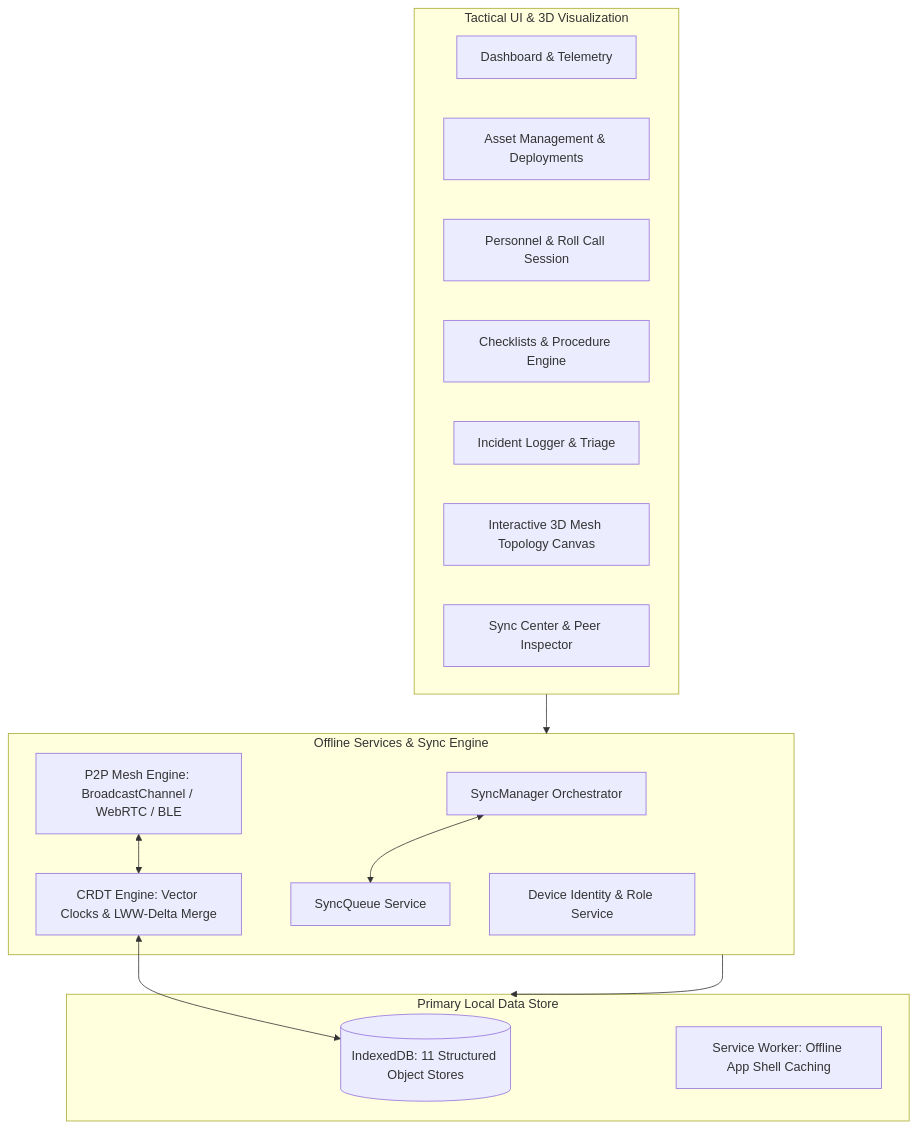
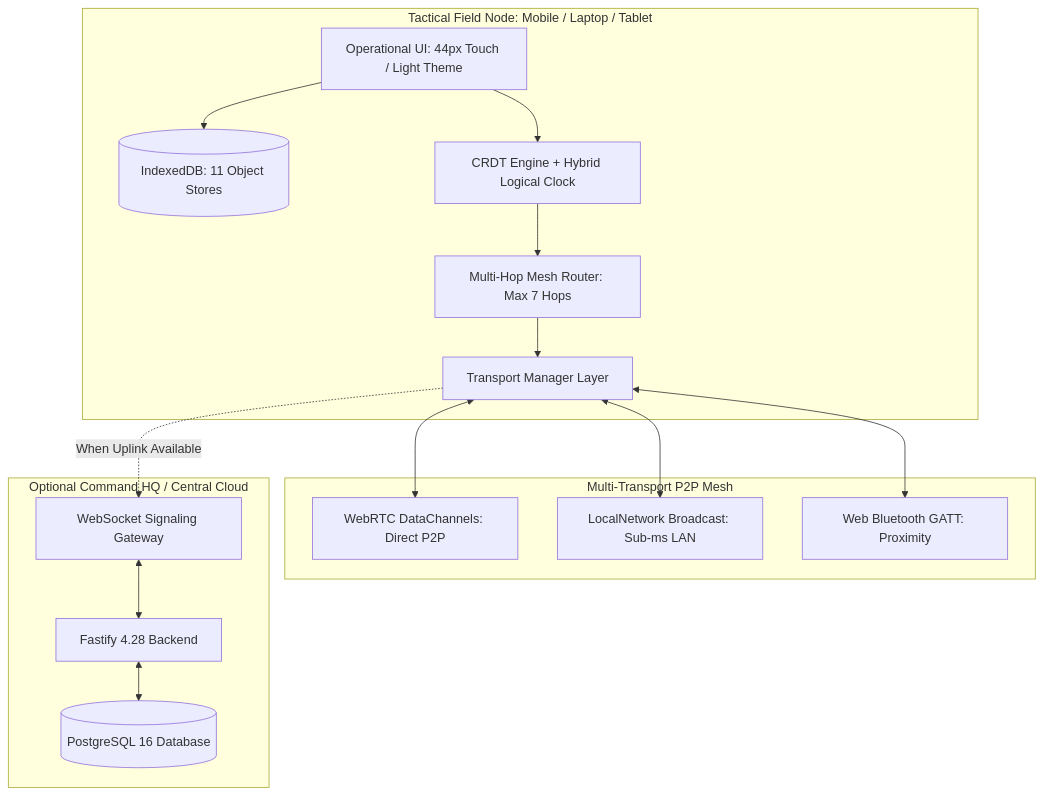
One commit to bhushzn/Offline-Mesh-Asset-Sync changed the diagram in README.md. Above: the diagram before and after it, drawn with Mermaid. The commit also changed other lines of this file, not shown here.

````diff
--- a/README.md
+++ b/README.md
@@ -54,31 +48,33 @@
 ```mermaid
-graph TD
-    subgraph UI_Layer [Tactical UI & 3D Visualization]
-        Dash[Dashboard & Telemetry]
-        AssetUI[Asset Management & Deployments]
-        RollUI[Personnel & Roll Call Session]
-        CheckUI[Checklists & Procedure Engine]
-        IncUI[Incident Logger & Triage]
-        Mesh3D[Interactive 3D Mesh Topology Canvas]
-        SyncUI[Sync Center & Peer Inspector]
+flowchart TD
+    subgraph Client_Node [Tactical Field Node: Mobile / Laptop / Tablet]
+        UI[Operational UI: 44px Touch / Light Theme]
+        IDB[(IndexedDB: 11 Object Stores)]
+        CRDT[CRDT Engine + Hybrid Logical Clock]
+        Router[Multi-Hop Mesh Router: Max 7 Hops]
+        Transports[Transport Manager Layer]
     end
 
-    subgraph Service_Layer [Offline Services & Sync Engine]
-        SyncMgr[SyncManager Orchestrator]
-        CRDT[CRDT Engine: Vector Clocks & LWW-Delta Merge]
-        Queue[SyncQueue Service]
-        P2P[P2P Mesh Engine: BroadcastChannel / WebRTC / BLE]
-        DevSvc[Device Identity & Role Service]
+    subgraph P2P_Mesh_Transports [Multi-Transport P2P Mesh]
+        WebRTC[WebRTC DataChannels: Direct P2P]
+        LocalNet[LocalNetwork Broadcast: Sub-ms LAN]
+        BLE[Web Bluetooth GATT: Proximity]
     end
 
-    subgraph Local_Storage [Primary Local Data Store]
-        IDB[(IndexedDB: 11 Structured Object Stores)]
-        SW[Service Worker: Offline App Shell Caching]
+    subgraph Command_HQ [Optional Command HQ / Central Cloud]
+        FastifyServer[Fastify 4.28 Backend]
+        Postgres[(PostgreSQL 16 Database)]
+        WSGate[WebSocket Signaling Gateway]
     end
 
-    UI_Layer --> Service_Layer
-    Service_Layer --> Local_Storage
-    P2P <--> CRDT
-    CRDT <--> IDB
-    SyncMgr <--> Queue
+    UI --> IDB
+    UI --> CRDT
+    CRDT --> Router
+    Router --> Transports
+    Transports <--> WebRTC
+    Transports <--> LocalNet
+    Transports <--> BLE
+    Transports -.->|When Uplink Available| WSGate
+    WSGate <--> FastifyServer
+    FastifyServer <--> Postgres
 ```
````
